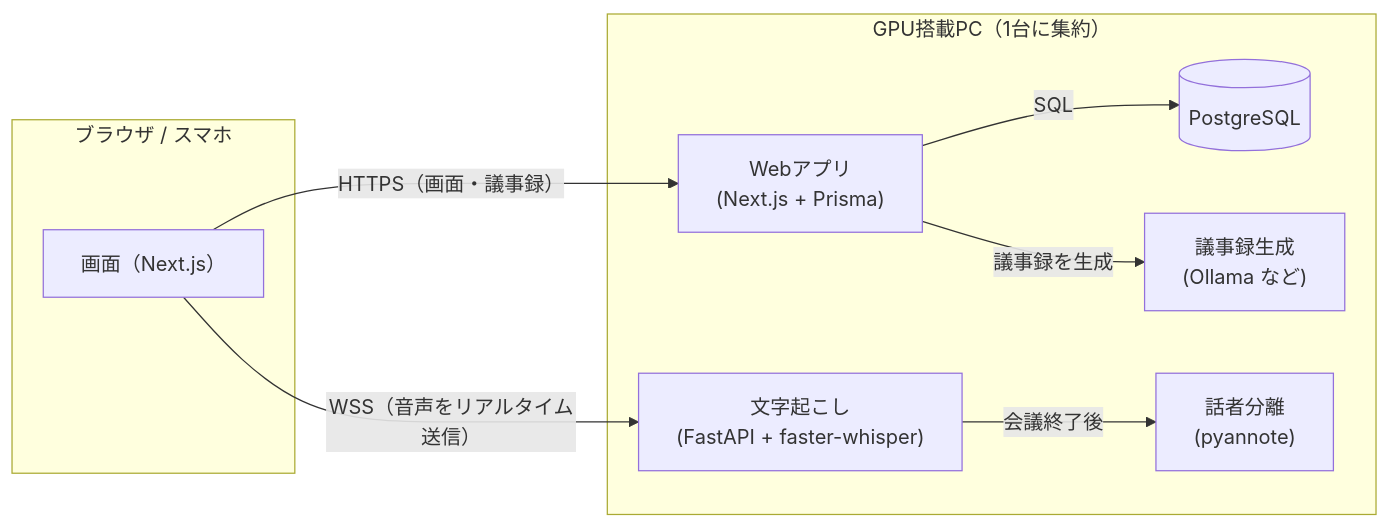
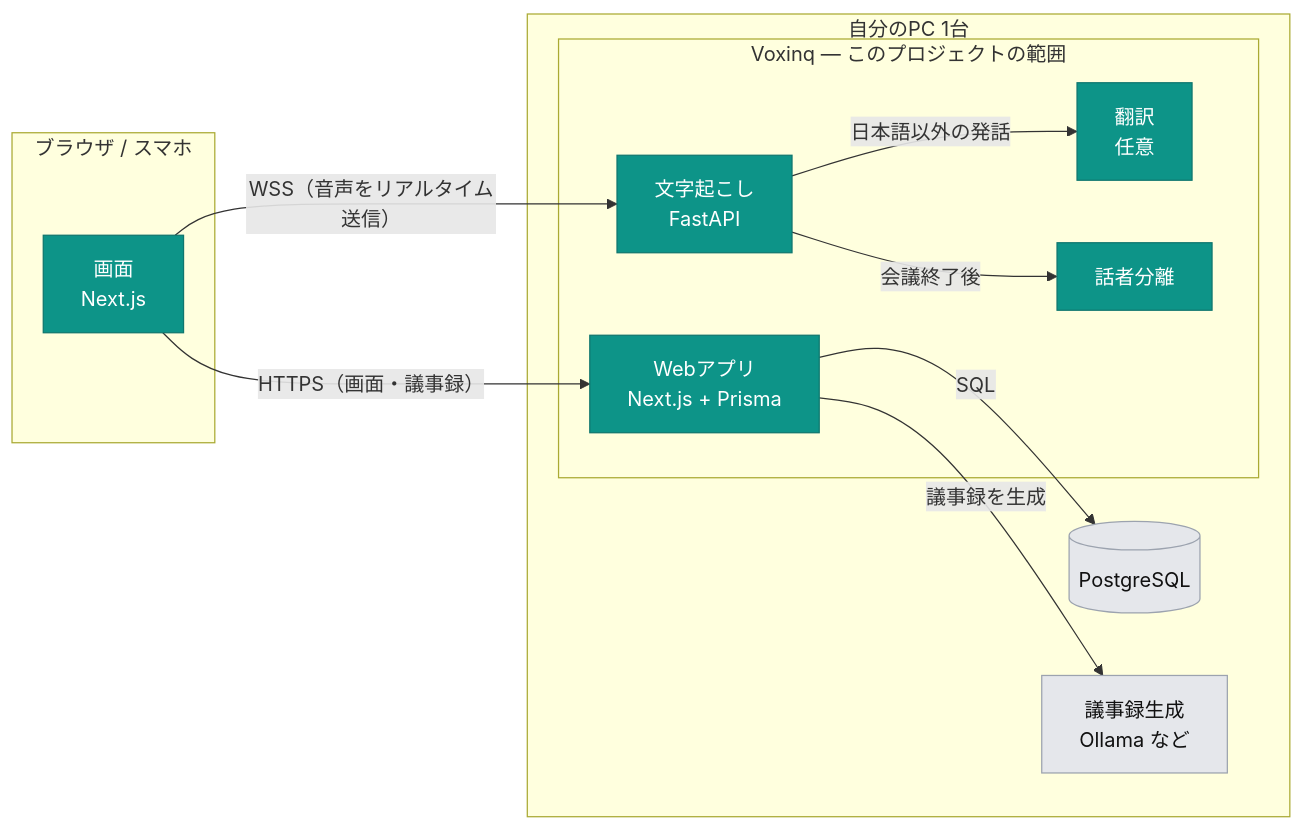
Before and after one commit to ikasast/voxinq-meeting: the diagram in README.ja.md, drawn with Mermaid. The commit also changed other lines of this file and 1 other file, not shown here.

````diff
--- a/README.ja.md
+++ b/README.ja.md
@@ -764,19 +777,28 @@
 ```mermaid
 flowchart LR
   subgraph Browser["ブラウザ / スマホ"]
-    UI["画面（Next.js）"]
+    UI["画面<br/>Next.js"]
   end
-  subgraph Host["GPU搭載PC（1台に集約）"]
-    Web["Webアプリ<br/>(Next.js + Prisma)"]
+  subgraph Host["自分のPC 1台"]
+    subgraph Vox["Voxinq — このプロジェクトの範囲"]
+      Web["Webアプリ<br/>Next.js + Prisma"]
+      STT["文字起こし<br/>FastAPI"]
+      TR["翻訳<br/>任意"]
+      DIA["話者分離"]
+    end
     DB[("PostgreSQL")]
-    STT["文字起こし<br/>(FastAPI + faster-whisper)"]
-    DIA["話者分離<br/>(pyannote)"]
-    LLM["議事録生成<br/>(Ollama など)"]
+    LLM["議事録生成<br/>Ollama など"]
   end
 
   UI -- "HTTPS（画面・議事録）" --> Web
   UI -- "WSS（音声をリアルタイム送信）" --> STT
   Web -- "SQL" --> DB
   Web -- "議事録を生成" --> LLM
+  STT -- "日本語以外の発話" --> TR
   STT -- "会議終了後" --> DIA
+
+  classDef own fill:#0d9488,stroke:#0f766e,color:#fff
+  classDef ext fill:#e5e7eb,stroke:#9ca3af,color:#111
+  class UI,Web,STT,TR,DIA own
+  class DB,LLM ext
 ```
````
